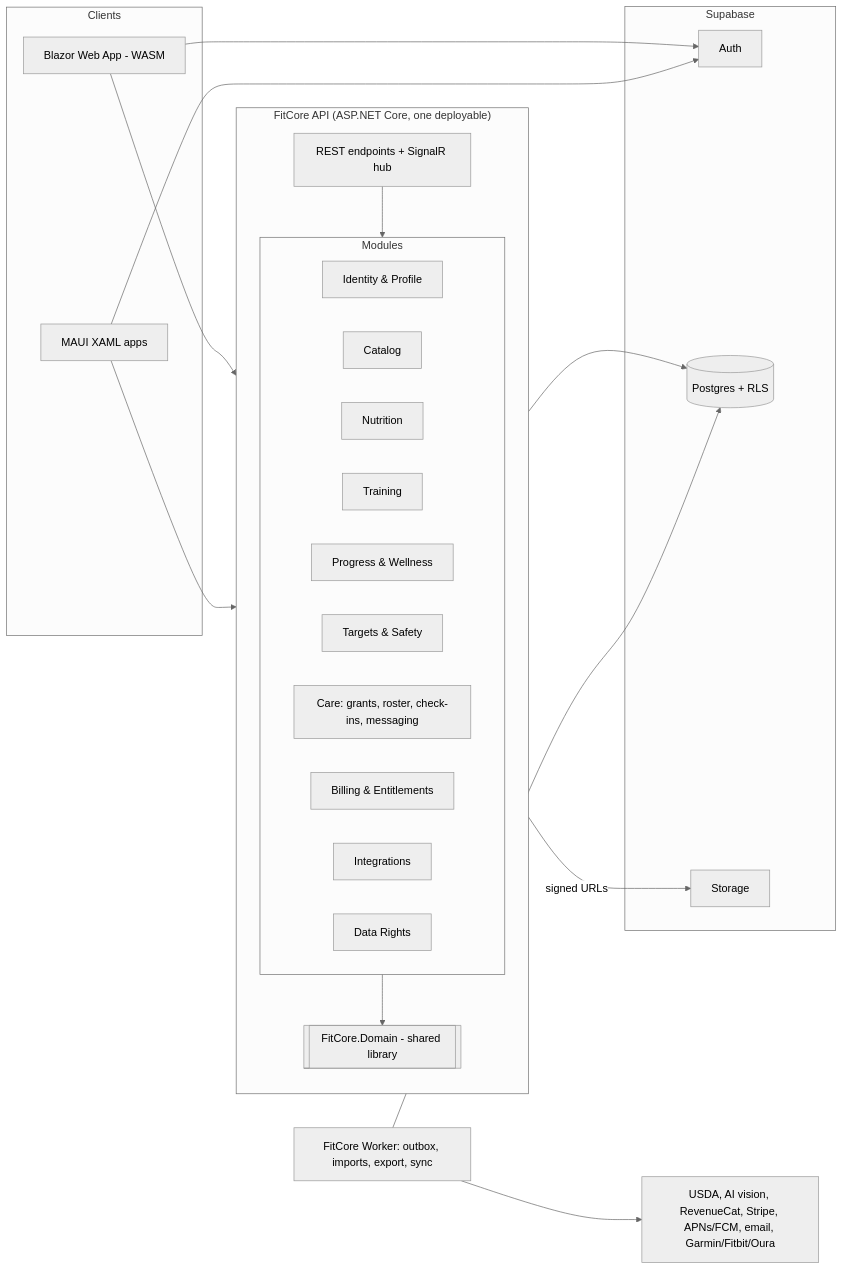
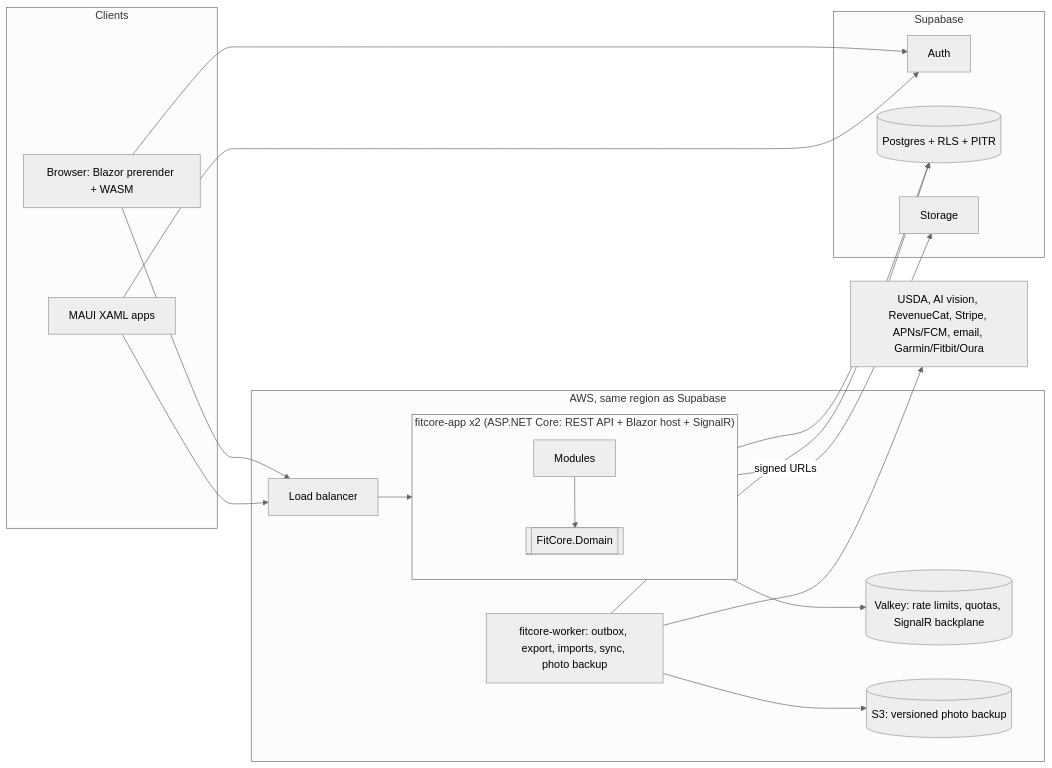
The second of 3 diagrams in docs/architecture-options.md (Fibonacci-0112/FitCore), drawn with Mermaid (neutral theme) before and after one commit. The commit also changed other lines of this file, not shown here.

First line of the commit message:
Revise architecture options against the measurable NFRs

````diff
--- a/docs/architecture-options.md
+++ b/docs/architecture-options.md
@@ -139,37 +139,27 @@
 ```mermaid
 flowchart LR
   subgraph Clients
     M[MAUI XAML apps]
-    W[Blazor Web App - WASM]
+    W[Browser: Blazor prerender + WASM]
   end
-  subgraph App["FitCore API (ASP.NET Core, one deployable)"]
-    direction TB
-    EP[REST endpoints + SignalR hub]
-    subgraph Modules
-      ID[Identity & Profile]
-      CA[Catalog]
-      NU[Nutrition]
-      TR[Training]
-      PW[Progress & Wellness]
-      TG[Targets & Safety]
-      CR[Care: grants, roster, check-ins, messaging]
-      BI[Billing & Entitlements]
-      IN[Integrations]
-      DR[Data Rights]
+  subgraph AWS["AWS, same region as Supabase"]
+    LB[Load balancer]
+    subgraph App["fitcore-app x2 (ASP.NET Core: REST API + Blazor host + SignalR)"]
+      MODS[Modules] --> DOM[[FitCore.Domain]]
     end
-    DOM[[FitCore.Domain - shared library]]
+    WK[fitcore-worker: outbox, export, imports, sync, photo backup]
+    KV[(Valkey: rate limits, quotas, SignalR backplane)]
+    S3[(S3: versioned photo backup)]
   end
-  WK[FitCore Worker: outbox, imports, export, sync]
   subgraph Supabase
     AU[Auth]
-    PG[(Postgres + RLS)]
+    PG[(Postgres + RLS + PITR)]
     ST[Storage]
   end
   M & W --> AU
-  M & W --> EP
-  EP --> Modules --> DOM
-  Modules --> PG
-  Modules -- signed URLs --> ST
-  WK --> PG
+  M & W --> LB --> App
+  App --> PG & KV
+  App -- signed URLs --> ST
+  WK --> PG & S3
   WK --> EXT[USDA, AI vision, RevenueCat, Stripe, APNs/FCM, email, Garmin/Fitbit/Oura]
 ```
````
